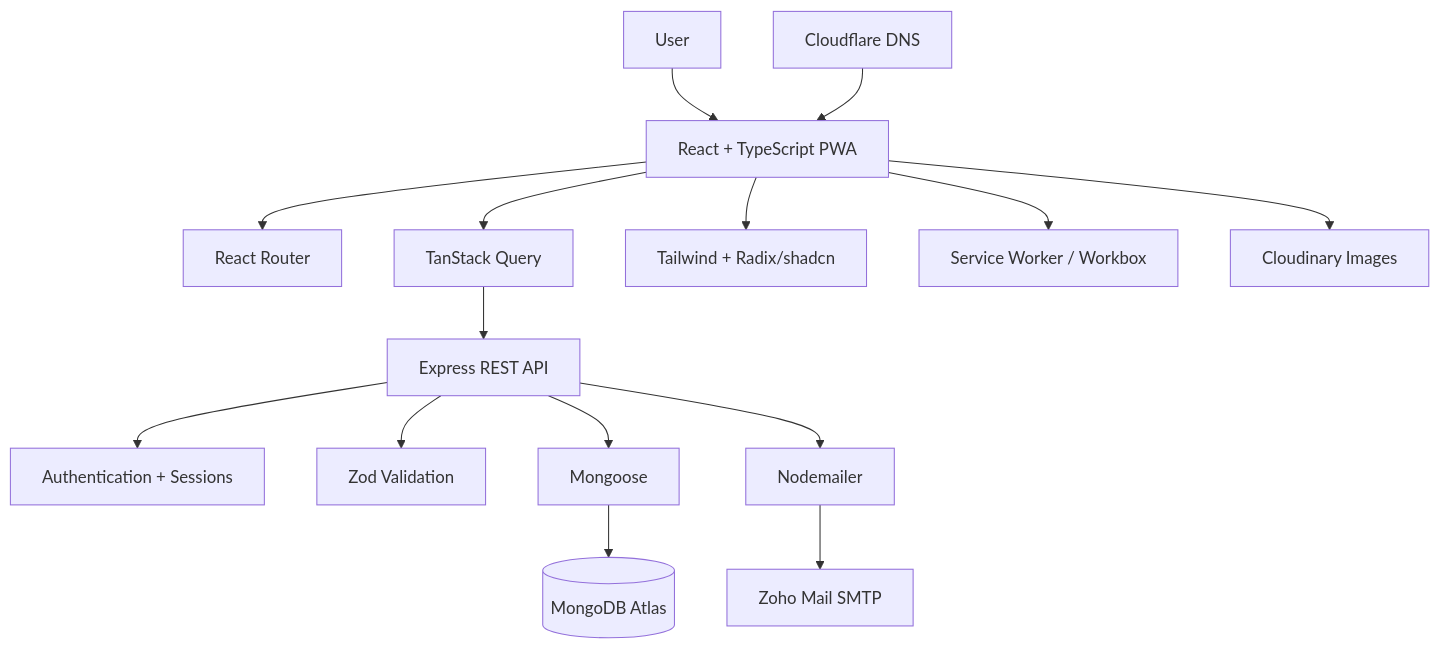
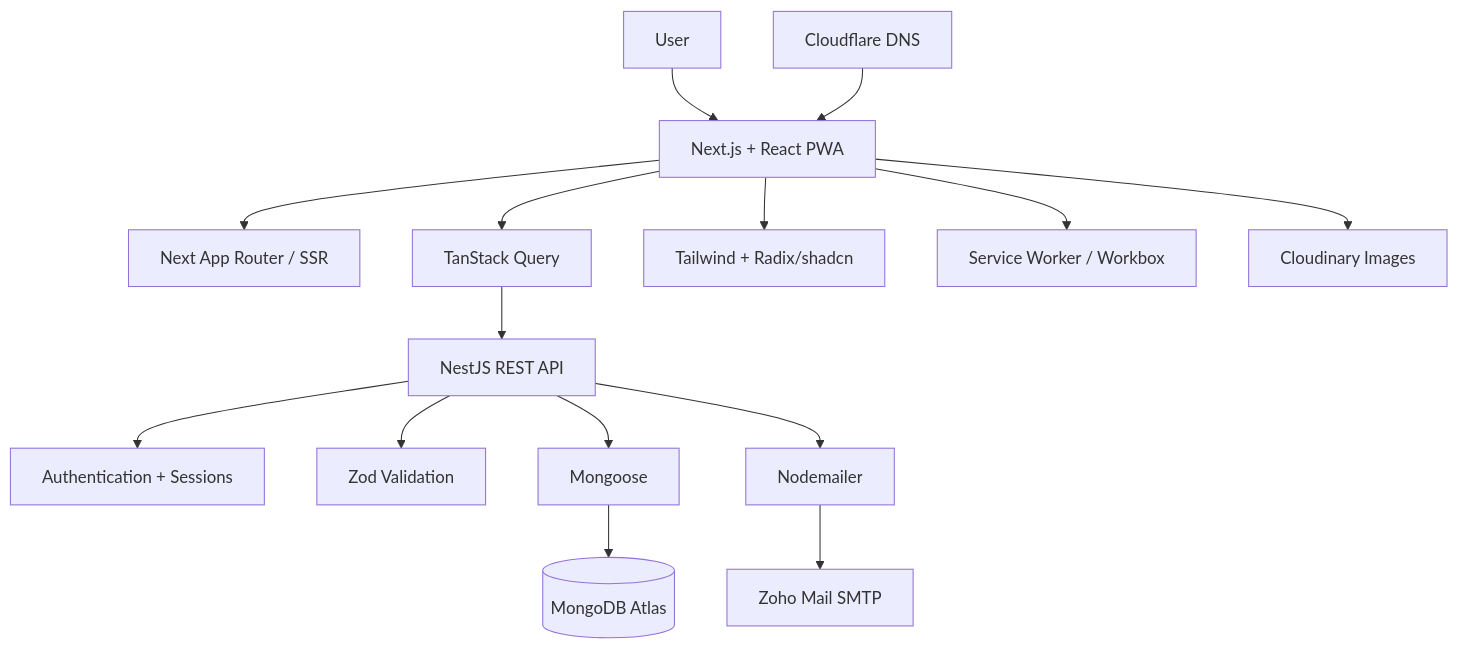
The diagram in README.md (shivammchaudhary1/devsangam), drawn with Mermaid before and after one commit. The commit also changed other lines of this file and 257 other files, not shown here.

Commit message:
changed to nest and next

````diff
--- a/README.md
+++ b/README.md
@@ -197,22 +200,22 @@
 ```mermaid
 flowchart TD
-    U[User] --> WEB[React + TypeScript PWA]
+    U[User] --> WEB[Next.js + React PWA]
 
-    WEB --> ROUTER[React Router]
+    WEB --> ROUTER[Next App Router / SSR]
     WEB --> QUERY[TanStack Query]
     WEB --> UI[Tailwind + Radix/shadcn]
     WEB --> SW[Service Worker / Workbox]
 
-    QUERY --> API[Express REST API]
+    QUERY --> API[NestJS REST API]
 
     API --> AUTH[Authentication + Sessions]
     API --> VALIDATION[Zod Validation]
     API --> DB[Mongoose]
     API --> MAIL[Nodemailer]
 
     DB --> MONGO[(MongoDB Atlas)]
     MAIL --> ZOHO[Zoho Mail SMTP]
 
     WEB --> CDN[Cloudinary Images]
     DNS[Cloudflare DNS] --> WEB
 ```
````
